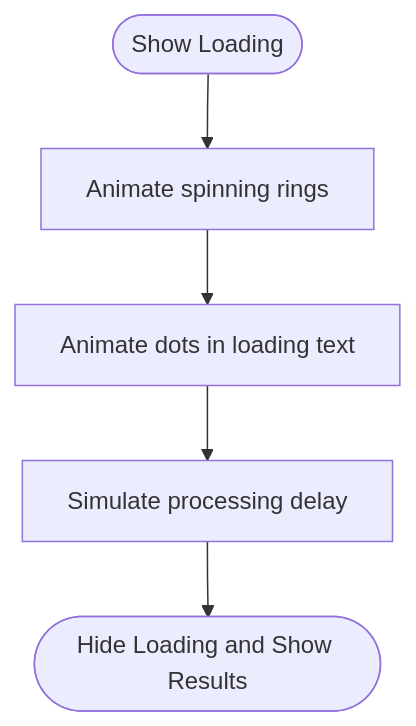
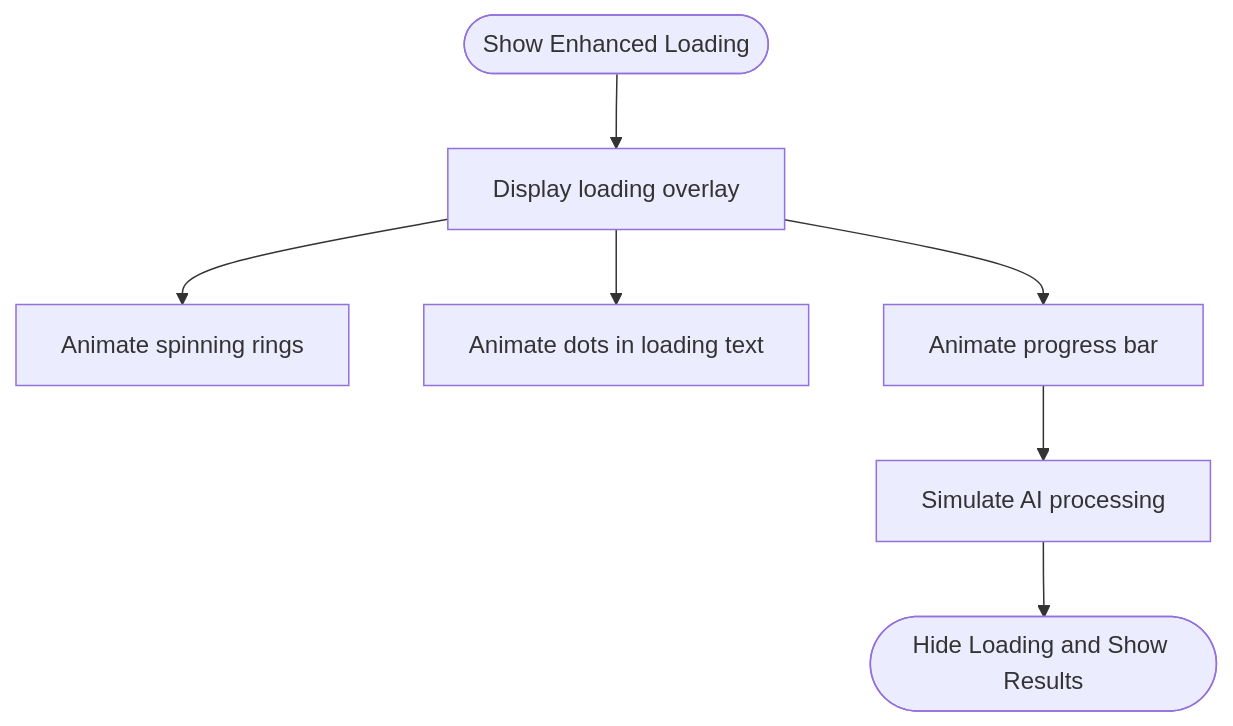
The fifth of 10 diagrams in .qoder/repowiki/en/content/User Interface Components.md (ayushtiwari1526/TheReinforcers_AyushTiwari), drawn with Mermaid before and after one commit. The commit also changed other lines of this file and 21 other files, not shown here.

````diff
--- a/.qoder/repowiki/en/content/User Interface Components.md
+++ b/.qoder/repowiki/en/content/User Interface Components.md
@@ -190,7 +225,9 @@
 ```mermaid
 flowchart TD
-Start(["Show Loading"]) --> Rings["Animate spinning rings"]
-Rings --> Dots["Animate dots in loading text"]
-Dots --> Process["Simulate processing delay"]
-Process --> Complete(["Hide Loading and Show Results"])
+Start(["Show Enhanced Loading"]) --> Overlay["Display loading overlay"]
+Overlay --> Rings["Animate spinning rings"]
+Overlay --> Dots["Animate dots in loading text"]
+Overlay --> Progress["Animate progress bar"]
+Progress --> Simulate["Simulate AI processing"]
+Simulate --> Complete(["Hide Loading and Show Results"])
 ```
````
